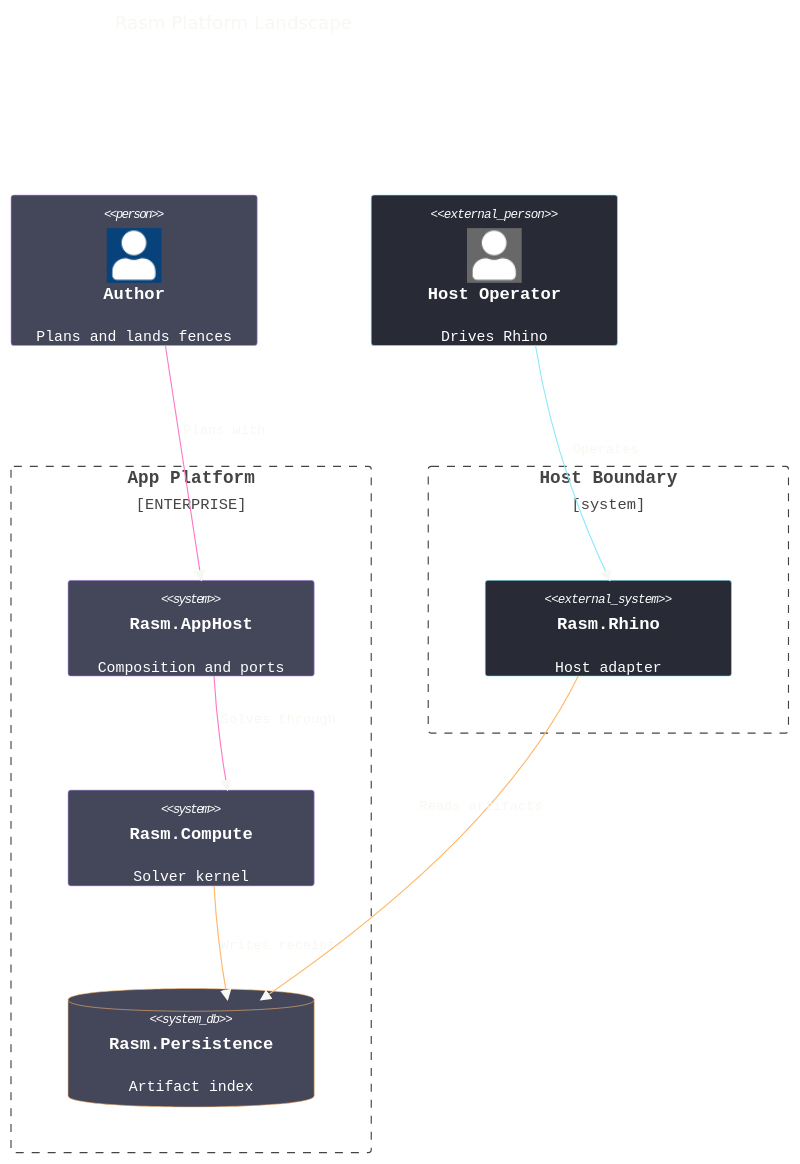
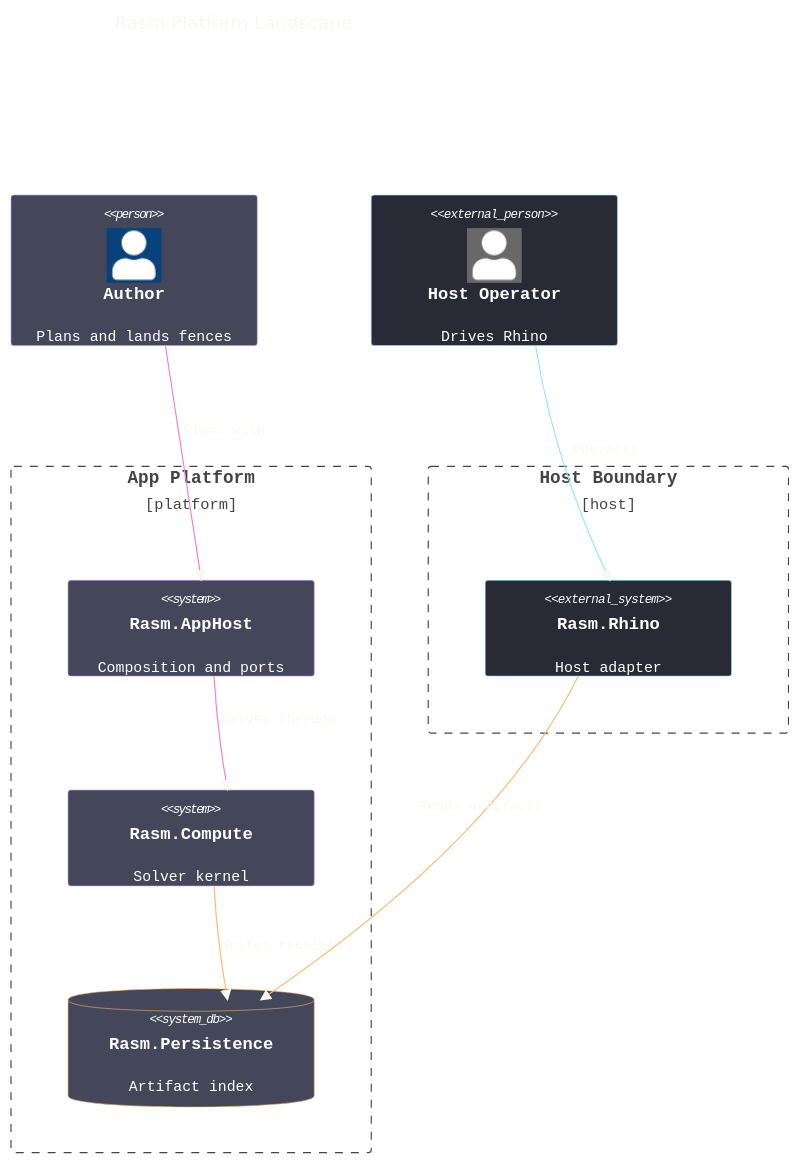
The diagram in .claude/skills/mermaid-diagramming/templates/landscape.mmd.md (bsamiee/Rasm), drawn with Mermaid before and after one commit. The commit also changed other lines of this file and 26 other files, not shown here.

First line of the commit message:
skill: mermaid-diagramming full-estate rebuild — 26-attacker adversarial audit, 11.16 alignment, hardened gates

````diff
--- a/.claude/skills/mermaid-diagramming/templates/landscape.mmd.md
+++ b/.claude/skills/mermaid-diagramming/templates/landscape.mmd.md
@@ -5,68 +5,68 @@
 ```mermaid
 ---
 config:
   theme: base
   look: classic
   c4:
     c4ShapeInRow: 3
     c4ShapeMargin: 50
     c4BoundaryInRow: 2
     personFontFamily: "SF Mono, Menlo, Cascadia Mono, Segoe UI Mono, Consolas, monospace"
     personFontSize: 13
     external_personFontFamily: "SF Mono, Menlo, Cascadia Mono, Segoe UI Mono, Consolas, monospace"
     external_personFontSize: 13
     systemFontFamily: "SF Mono, Menlo, Cascadia Mono, Segoe UI Mono, Consolas, monospace"
     systemFontSize: 13
     system_dbFontFamily: "SF Mono, Menlo, Cascadia Mono, Segoe UI Mono, Consolas, monospace"
     system_dbFontSize: 13
     external_systemFontFamily: "SF Mono, Menlo, Cascadia Mono, Segoe UI Mono, Consolas, monospace"
     external_systemFontSize: 13
     boundaryFontFamily: "SF Mono, Menlo, Cascadia Mono, Segoe UI Mono, Consolas, monospace"
     boundaryFontSize: 13.5
     messageFontFamily: "SF Mono, Menlo, Cascadia Mono, Segoe UI Mono, Consolas, monospace"
     messageFontSize: 12
     person_bg_color: "#44475A"
     person_border_color: "#BD93F9"
     external_person_bg_color: "#282A36"
     external_person_border_color: "#8BE9FD"
     system_bg_color: "#44475A"
     system_border_color: "#BD93F9"
     system_db_bg_color: "#44475A"
     system_db_border_color: "#FFB86C"
     external_system_bg_color: "#282A36"
     external_system_border_color: "#8BE9FD"
   themeVariables:
     darkMode: true
     fontFamily: "SF Mono, Menlo, Cascadia Mono, Segoe UI Mono, Consolas, monospace"
     useGradient: false
     dropShadow: "none"
     textColor: "#F8F8F2"
     personBorder: "#BD93F9"
     personBkg: "#44475A"
   themeCSS: "rect[stroke='#444444']{stroke:#D6BCFA;stroke-dasharray:5 4}text[fill='#444444']{fill:#D6BCFA}[id$='-arrowhead'] path{fill:#FF79C6;transform:scale(.8);transform-origin:9px 5px}[id$='-arrowend'] path{fill:#FF79C6;transform:scale(.8);transform-origin:1px 5px}image{display:none}"
 ---
 C4Context
   accTitle: Rasm platform landscape
   accDescr: An author driving the app platform that solves through the compute kernel into an artifact store, serving a Rhino host operator through the host boundary.
   title Rasm Platform Landscape
   Person(author, "Author", "Plans and lands fences")
   Person_Ext(operator, "Host Operator", "Drives Rhino")
-  Enterprise_Boundary(platform, "App Platform") {
+  Boundary(platform, "App Platform", "platform") {
     System(apphost, "Rasm.AppHost", "Composition and ports")
     System(compute, "Rasm.Compute", "Solver kernel")
     SystemDb(store, "Rasm.Persistence", "Artifact index")
   }
-  Boundary(hostzone, "Host Boundary") {
+  Boundary(hostzone, "Host Boundary", "host") {
     System_Ext(rhino, "Rasm.Rhino", "Host adapter")
   }
   Rel(author, apphost, "Plans with")
   Rel(apphost, compute, "Solves through")
   Rel(compute, store, "Writes receipts")
   Rel(rhino, store, "Reads artifacts")
   Rel(operator, rhino, "Operates")
   UpdateRelStyle(author, apphost, $textColor="#F8F8F2", $lineColor="#FF79C6", $offsetY="-30")
   UpdateRelStyle(apphost, compute, $textColor="#F8F8F2", $lineColor="#FF79C6", $offsetY="-14")
   UpdateRelStyle(compute, store, $textColor="#F8F8F2", $lineColor="#FFB86C")
   UpdateRelStyle(rhino, store, $textColor="#F8F8F2", $lineColor="#FFB86C", $offsetY="-30")
   UpdateRelStyle(operator, rhino, $textColor="#F8F8F2", $lineColor="#8BE9FD", $offsetY="-14")
 ```
````
